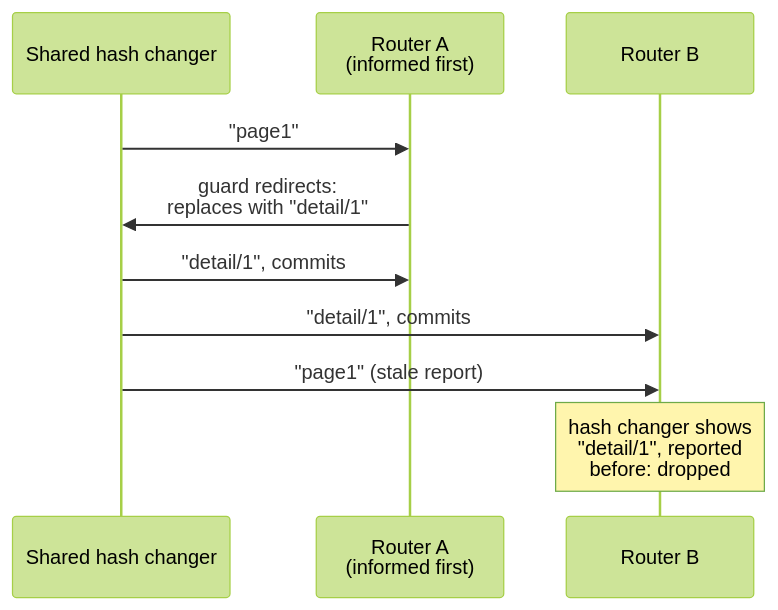
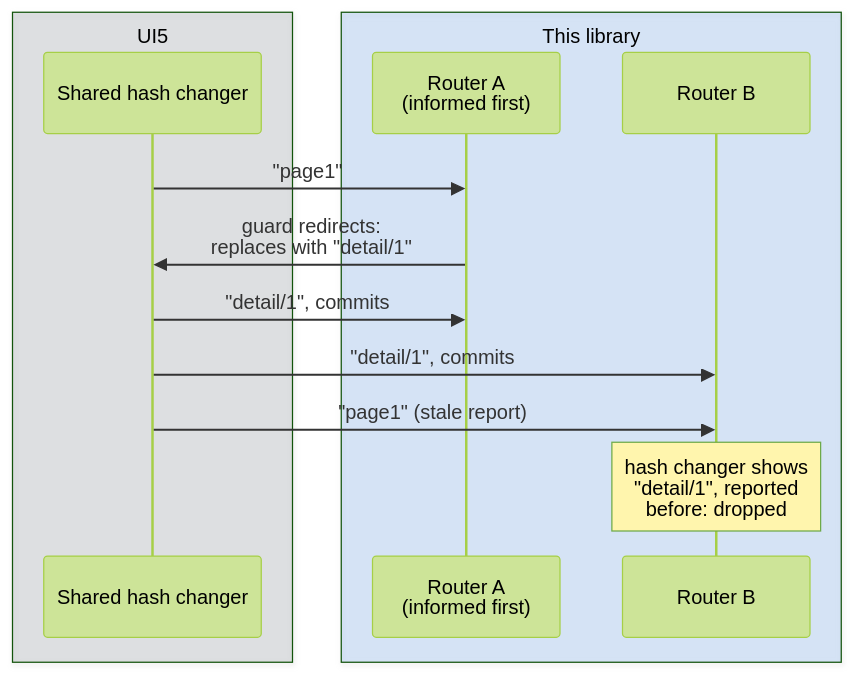
The fourth of 12 diagrams in docs/reference/architecture.md (wridgeu/ui5-lib-guard-router), drawn with Mermaid (forest theme) before and after one commit. The commit also changed other lines of this file and 4 other files, not shown here.

First line of the commit message:
docs: give every diagram the one palette and a legend

````diff
--- a/docs/reference/architecture.md
+++ b/docs/reference/architecture.md
@@ -573,12 +598,16 @@
 ```mermaid
 sequenceDiagram
-    participant HC as Shared hash changer
-    participant A as Router A<br/>(informed first)
-    participant B as Router B
+    box rgba(110, 119, 129, 0.2) UI5
+        participant HC as Shared hash changer
+    end
+    box rgba(9, 105, 218, 0.15) This library
+        participant A as Router A<br/>(informed first)
+        participant B as Router B
+    end
     HC->>A: "page1"
     A->>HC: guard redirects:<br/>replaces with "detail/1"
     HC->>A: "detail/1", commits
     HC->>B: "detail/1", commits
     HC->>B: "page1" (stale report)
     Note over B: hash changer shows<br/>"detail/1", reported<br/>before: dropped
 ```
````
